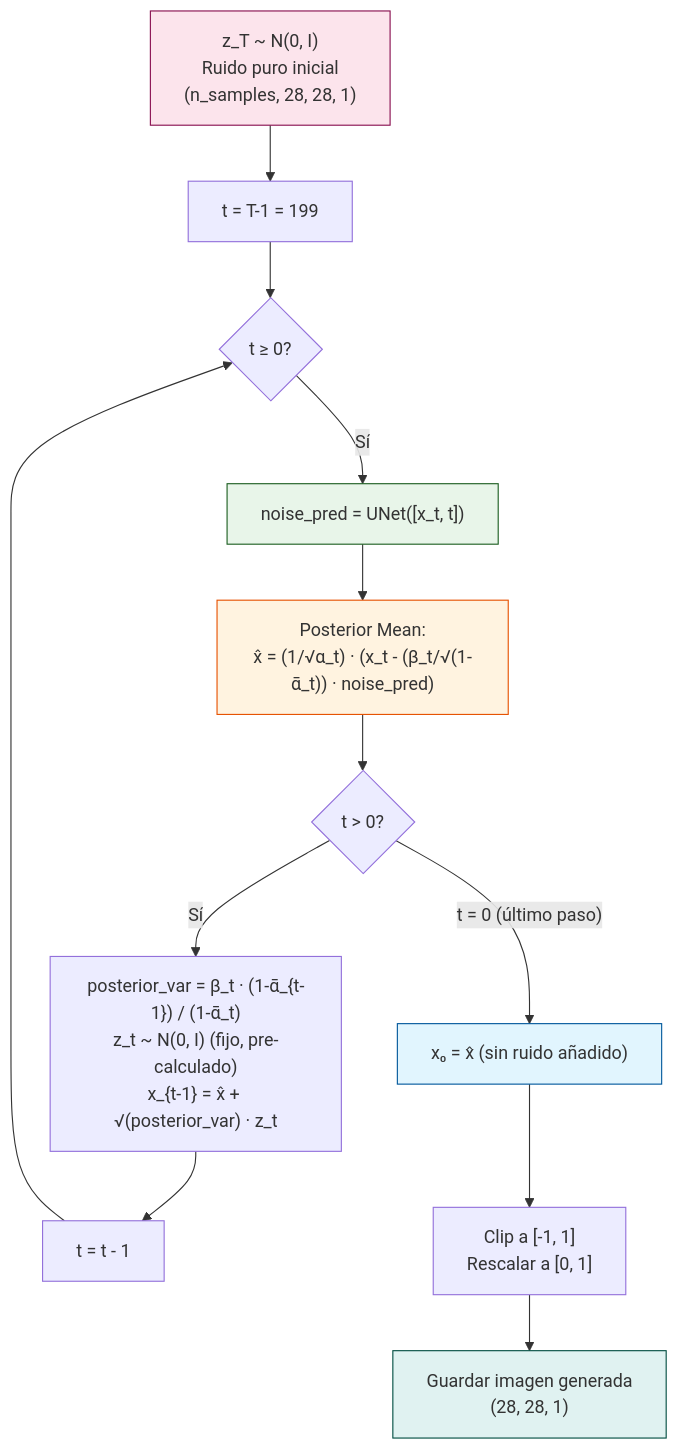
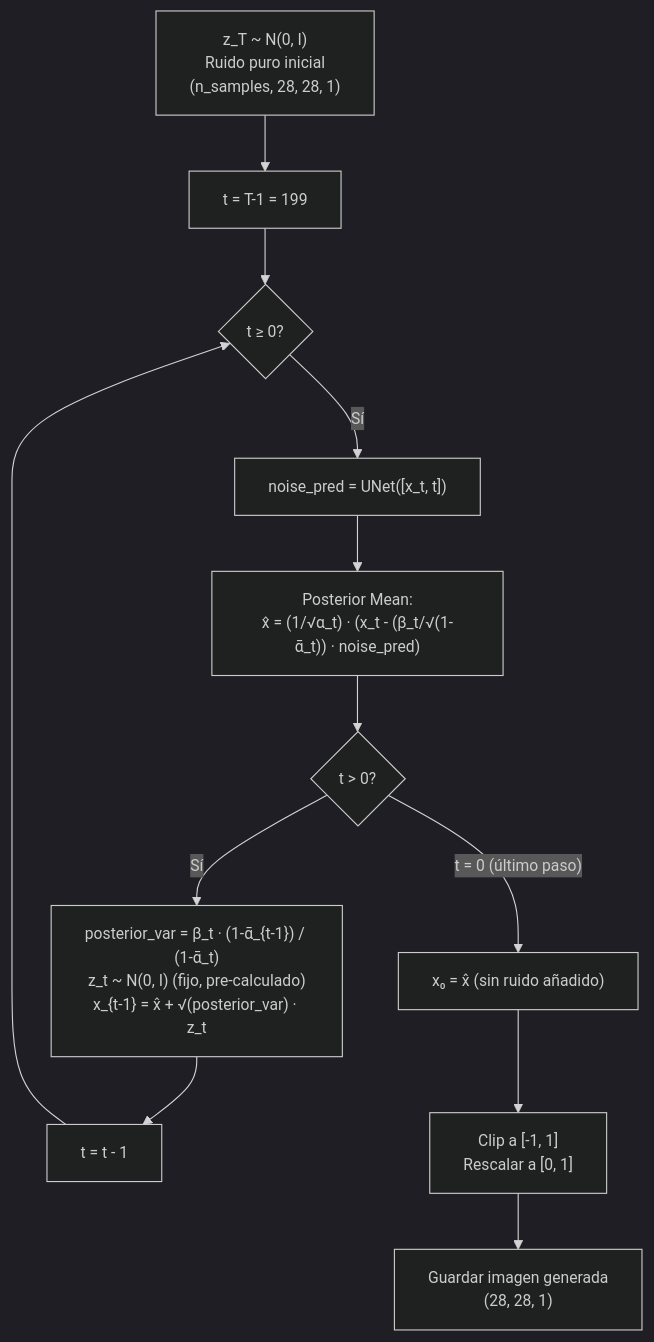
Before and after one commit to fxex/Diffusion-IA: the fourth of 4 diagrams in doc.md, drawn with Mermaid. The commit also changed other lines of this file, not shown here.

````diff
--- a/doc.md
+++ b/doc.md
@@ -156,28 +141,23 @@
 ```mermaid
+%%{init: {'theme': 'dark', 'themeVariables': { 'fontSize': '14px' }}}%%
 flowchart TD
     A["z_T ~ N(0, I)\nRuido puro inicial\n(n_samples, 28, 28, 1)"] --> B["t = T-1 = 199"]
 
     B --> C{"t ≥ 0?"}
 
     C -->|"Sí"| D["noise_pred = UNet([x_t, t])"]
 
     D --> E["Posterior Mean:\nx̂ = (1/√α_t) · (x_t - (β_t/√(1-ᾱ_t)) · noise_pred)"]
 
     E --> F{"t > 0?"}
 
     F -->|"Sí"| G["posterior_var = β_t · (1-ᾱ_{t-1}) / (1-ᾱ_t)\nz_t ~ N(0, I) (fijo, pre-calculado)\nx_{t-1} = x̂ + √(posterior_var) · z_t"]
     F -->|"t = 0 (último paso)"| H["x₀ = x̂  (sin ruido añadido)"]
 
     G --> I["t = t - 1"]
     I --> C
 
     H --> J["Clip a [-1, 1]\nRescalar a [0, 1]"]
 
     J --> K["Guardar imagen generada\n(28, 28, 1)"]
-
-    style A fill:#fce4ec,stroke:#880e4f
-    style D fill:#e8f5e9,stroke:#1b5e20
-    style E fill:#fff3e0,stroke:#e65100
-    style H fill:#e1f5fe,stroke:#01579b
-    style K fill:#e0f2f1,stroke:#004d40
 ```
````
